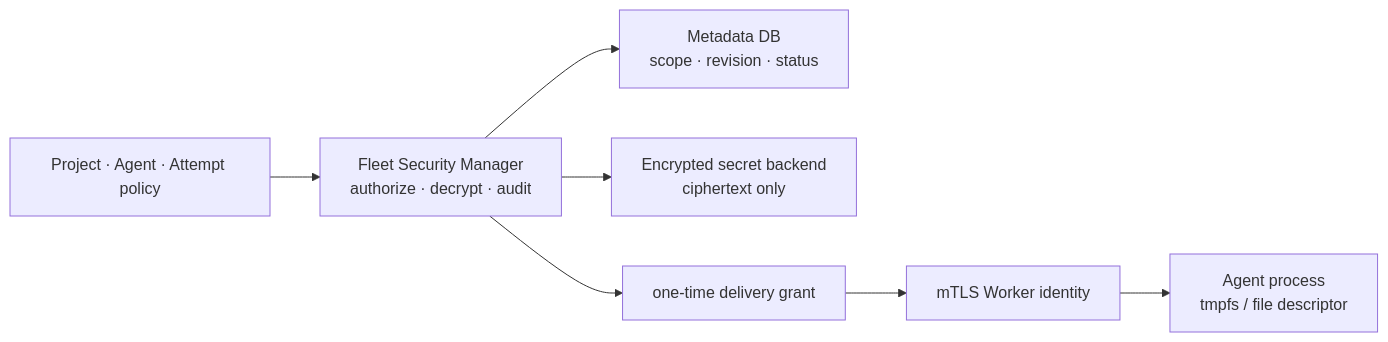
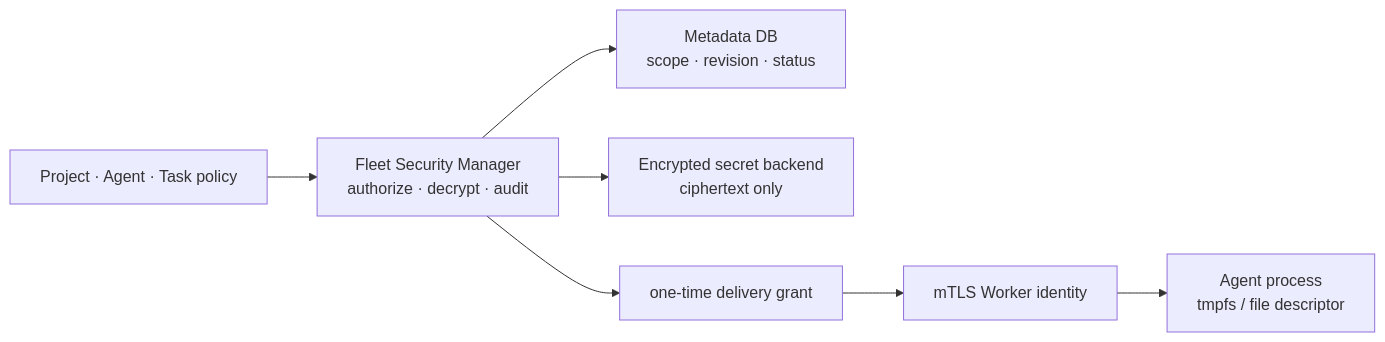
The second of 2 diagrams in docs/security/control-plane-security-model.md (yarang/grok-fleet-orchestrator), drawn with Mermaid before and after one commit. The commit also changed other lines of this file and 27 other files, not shown here.

````diff
--- a/docs/security/control-plane-security-model.md
+++ b/docs/security/control-plane-security-model.md
@@ -95,9 +96,9 @@
 ```mermaid
 flowchart LR
-    Policy["Project · Agent · Attempt policy"] --> SM["Fleet Security Manager\nauthorize · decrypt · audit"]
+    Policy["Project · Agent · Task policy"] --> SM["Fleet Security Manager\nauthorize · decrypt · audit"]
     SM --> Metadata["Metadata DB\nscope · revision · status"]
     SM --> Cipher["Encrypted secret backend\nciphertext only"]
     SM --> Grant["one-time delivery grant"]
     Grant --> Worker["mTLS Worker identity"]
     Worker --> Process["Agent process\ntmpfs / file descriptor"]
 ```
````
